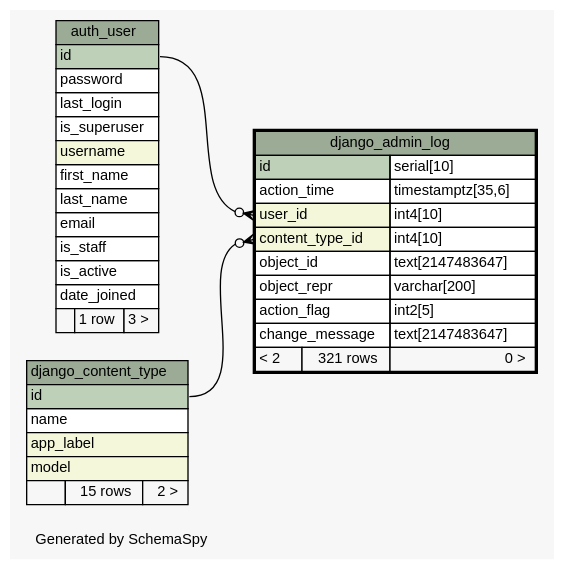
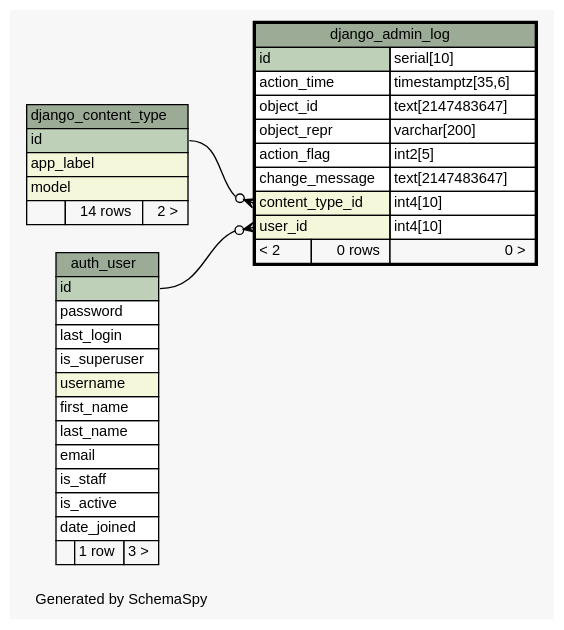
Before and after one commit to jingyayeah/multiscale-galactose: the diagram in database/schema/diagrams/django_admin_log.1degree.dot, drawn with Graphviz. The commit also changed 220 other files, not shown here.

Commit message:
Database schema updated & refactoring the Simulation Factories

```diff
--- a/database/schema/diagrams/django_admin_log.1degree.dot
+++ b/database/schema/diagrams/django_admin_log.1degree.dot
@@ -1,74 +1,73 @@
-// dot 2.26.3 on Linux 3.11.0-12-generic
+// dot 2.36.0 on Linux 3.13.0-43-generic
 // SchemaSpy rev 590
 digraph "oneDegreeRelationshipsDiagram" {
   graph [
     rankdir="RL"
     bgcolor="#f7f7f7"
     label="\nGenerated by SchemaSpy"
     labeljust="l"
     nodesep="0.18"
     ranksep="0.46"
     fontname="Helvetica"
     fontsize="11"
   ];
   node [
     fontname="Helvetica"
     fontsize="11"
     shape="plaintext"
   ];
   edge [
     arrowsize="0.8"
   ];
   "django_admin_log":"content_type_id":w -> "django_content_type":"id":e [arrowhead=none dir=back arrowtail=crowodot];
   "django_admin_log":"user_id":w -> "auth_user":"id":e [arrowhead=none dir=back arrowtail=crowodot];
   "auth_user" [
     label=<
     <TABLE BORDER="0" CELLBORDER="1" CELLSPACING="0" BGCOLOR="#ffffff">
       <TR><TD COLSPAN="3" BGCOLOR="#9bab96" ALIGN="CENTER">auth_user</TD></TR>
       <TR><TD PORT="id" COLSPAN="3" BGCOLOR="#bed1b8" ALIGN="LEFT">id</TD></TR>
       <TR><TD PORT="password" COLSPAN="3" ALIGN="LEFT">password</TD></TR>
       <TR><TD PORT="last_login" COLSPAN="3" ALIGN="LEFT">last_login</TD></TR>
       <TR><TD PORT="is_superuser" COLSPAN="3" ALIGN="LEFT">is_superuser</TD></TR>
       <TR><TD PORT="username" COLSPAN="3" BGCOLOR="#f4f7da" ALIGN="LEFT">username</TD></TR>
       <TR><TD PORT="first_name" COLSPAN="3" ALIGN="LEFT">first_name</TD></TR>
       <TR><TD PORT="last_name" COLSPAN="3" ALIGN="LEFT">last_name</TD></TR>
       <TR><TD PORT="email" COLSPAN="3" ALIGN="LEFT">email</TD></TR>
       <TR><TD PORT="is_staff" COLSPAN="3" ALIGN="LEFT">is_staff</TD></TR>
       <TR><TD PORT="is_active" COLSPAN="3" ALIGN="LEFT">is_active</TD></TR>
       <TR><TD PORT="date_joined" COLSPAN="3" ALIGN="LEFT">date_joined</TD></TR>
       <TR><TD ALIGN="LEFT" BGCOLOR="#f7f7f7">  </TD><TD ALIGN="RIGHT" BGCOLOR="#f7f7f7">1 row</TD><TD ALIGN="RIGHT" BGCOLOR="#f7f7f7">3 &gt;</TD></TR>
     </TABLE>>
     URL="auth_user.html"
     tooltip="auth_user"
   ];
   "django_admin_log" [
     label=<
     <TABLE BORDER="2" CELLBORDER="1" CELLSPACING="0" BGCOLOR="#ffffff">
       <TR><TD COLSPAN="3" BGCOLOR="#9bab96" ALIGN="CENTER">django_admin_log</TD></TR>
       <TR><TD PORT="id" COLSPAN="2" BGCOLOR="#bed1b8" ALIGN="LEFT">id</TD><TD PORT="id.type" ALIGN="LEFT">serial[10]</TD></TR>
       <TR><TD PORT="action_time" COLSPAN="2" ALIGN="LEFT">action_time</TD><TD PORT="action_time.type" ALIGN="LEFT">timestamptz[35,6]</TD></TR>
-      <TR><TD PORT="user_id" COLSPAN="2" BGCOLOR="#f4f7da" ALIGN="LEFT">user_id</TD><TD PORT="user_id.type" ALIGN="LEFT">int4[10]</TD></TR>
-      <TR><TD PORT="content_type_id" COLSPAN="2" BGCOLOR="#f4f7da" ALIGN="LEFT">content_type_id</TD><TD PORT="content_type_id.type" ALIGN="LEFT">int4[10]</TD></TR>
       <TR><TD PORT="object_id" COLSPAN="2" ALIGN="LEFT">object_id</TD><TD PORT="object_id.type" ALIGN="LEFT">text[2147483647]</TD></TR>
       <TR><TD PORT="object_repr" COLSPAN="2" ALIGN="LEFT">object_repr</TD><TD PORT="object_repr.type" ALIGN="LEFT">varchar[200]</TD></TR>
       <TR><TD PORT="action_flag" COLSPAN="2" ALIGN="LEFT">action_flag</TD><TD PORT="action_flag.type" ALIGN="LEFT">int2[5]</TD></TR>
       <TR><TD PORT="change_message" COLSPAN="2" ALIGN="LEFT">change_message</TD><TD PORT="change_message.type" ALIGN="LEFT">text[2147483647]</TD></TR>
-      <TR><TD ALIGN="LEFT" BGCOLOR="#f7f7f7">&lt; 2</TD><TD ALIGN="RIGHT" BGCOLOR="#f7f7f7">321 rows</TD><TD ALIGN="RIGHT" BGCOLOR="#f7f7f7">0 &gt;</TD></TR>
+      <TR><TD PORT="content_type_id" COLSPAN="2" BGCOLOR="#f4f7da" ALIGN="LEFT">content_type_id</TD><TD PORT="content_type_id.type" ALIGN="LEFT">int4[10]</TD></TR>
+      <TR><TD PORT="user_id" COLSPAN="2" BGCOLOR="#f4f7da" ALIGN="LEFT">user_id</TD><TD PORT="user_id.type" ALIGN="LEFT">int4[10]</TD></TR>
+      <TR><TD ALIGN="LEFT" BGCOLOR="#f7f7f7">&lt; 2</TD><TD ALIGN="RIGHT" BGCOLOR="#f7f7f7">0 rows</TD><TD ALIGN="RIGHT" BGCOLOR="#f7f7f7">0 &gt;</TD></TR>
     </TABLE>>
     URL="django_admin_log.html"
     tooltip="django_admin_log"
   ];
   "django_content_type" [
     label=<
     <TABLE BORDER="0" CELLBORDER="1" CELLSPACING="0" BGCOLOR="#ffffff">
       <TR><TD COLSPAN="3" BGCOLOR="#9bab96" ALIGN="CENTER">django_content_type</TD></TR>
       <TR><TD PORT="id" COLSPAN="3" BGCOLOR="#bed1b8" ALIGN="LEFT">id</TD></TR>
-      <TR><TD PORT="name" COLSPAN="3" ALIGN="LEFT">name</TD></TR>
       <TR><TD PORT="app_label" COLSPAN="3" BGCOLOR="#f4f7da" ALIGN="LEFT">app_label</TD></TR>
       <TR><TD PORT="model" COLSPAN="3" BGCOLOR="#f4f7da" ALIGN="LEFT">model</TD></TR>
-      <TR><TD ALIGN="LEFT" BGCOLOR="#f7f7f7">  </TD><TD ALIGN="RIGHT" BGCOLOR="#f7f7f7">15 rows</TD><TD ALIGN="RIGHT" BGCOLOR="#f7f7f7">2 &gt;</TD></TR>
+      <TR><TD ALIGN="LEFT" BGCOLOR="#f7f7f7">  </TD><TD ALIGN="RIGHT" BGCOLOR="#f7f7f7">14 rows</TD><TD ALIGN="RIGHT" BGCOLOR="#f7f7f7">2 &gt;</TD></TR>
     </TABLE>>
     URL="django_content_type.html"
     tooltip="django_content_type"
   ];
 }
```
